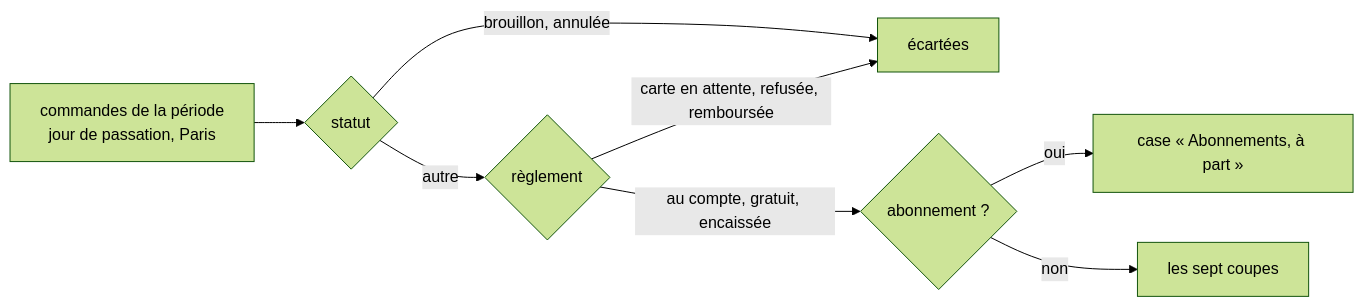
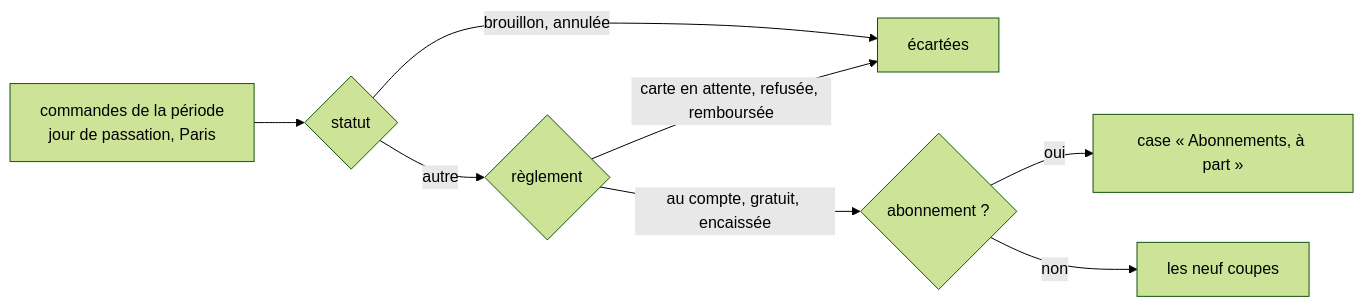
One commit to hugoheynard/lfd changed the second of 2 diagrams in documentation/recommandation-produit/audiences.md. Above: the diagram before and after it, drawn with Mermaid (forest theme). The commit also changed other lines of this file and 40 other files, not shown here.

````diff
--- a/documentation/recommandation-produit/audiences.md
+++ b/documentation/recommandation-produit/audiences.md
@@ -41,10 +77,10 @@
 ```mermaid
 flowchart LR
   O[commandes de la période<br/>jour de passation, Paris] --> S{statut}
   S -- brouillon, annulée --> X[écartées]
   S -- autre --> P{règlement}
   P -- carte en attente, refusée, remboursée --> X
   P -- au compte, gratuit, encaissée --> A{abonnement ?}
   A -- oui --> B[case « Abonnements, à part »]
-  A -- non --> C[les sept coupes]
+  A -- non --> C[les neuf coupes]
 ```
````
